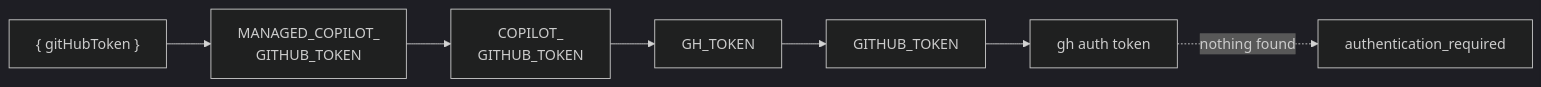
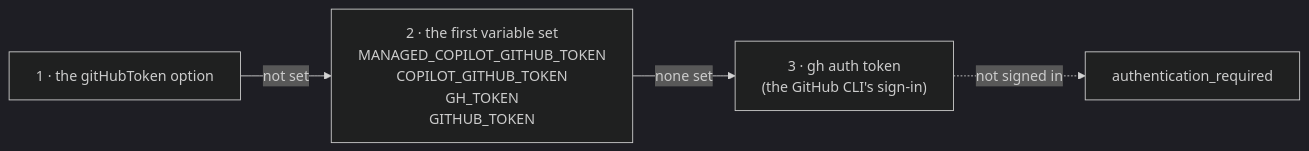
The second of 4 diagrams in docs/concepts/identity.md (patniko/managed-copilot-sdk), drawn with Mermaid (dark theme) before and after one commit. The commit also changed 16 other files, not shown here.

````diff
--- a/docs/concepts/identity.md
+++ b/docs/concepts/identity.md
@@ -20,5 +20,6 @@
 ```mermaid
 flowchart LR
-  O["{ gitHubToken }"] --> E1["MANAGED_COPILOT_<br/>GITHUB_TOKEN"] --> E2["COPILOT_<br/>GITHUB_TOKEN"] --> E3["GH_TOKEN"] --> E4["GITHUB_TOKEN"] --> G["gh auth token"]
-  G -. "nothing found" .-> X["authentication_required"]
+  O["1 · the gitHubToken option"] -- "not set" --> E["2 · the first variable set<br/>MANAGED_COPILOT_GITHUB_TOKEN<br/>COPILOT_GITHUB_TOKEN<br/>GH_TOKEN<br/>GITHUB_TOKEN"]
+  E -- "none set" --> G["3 · gh auth token<br/>(the GitHub CLI's sign-in)"]
+  G -. "not signed in" .-> X["authentication_required"]
 ```
````
